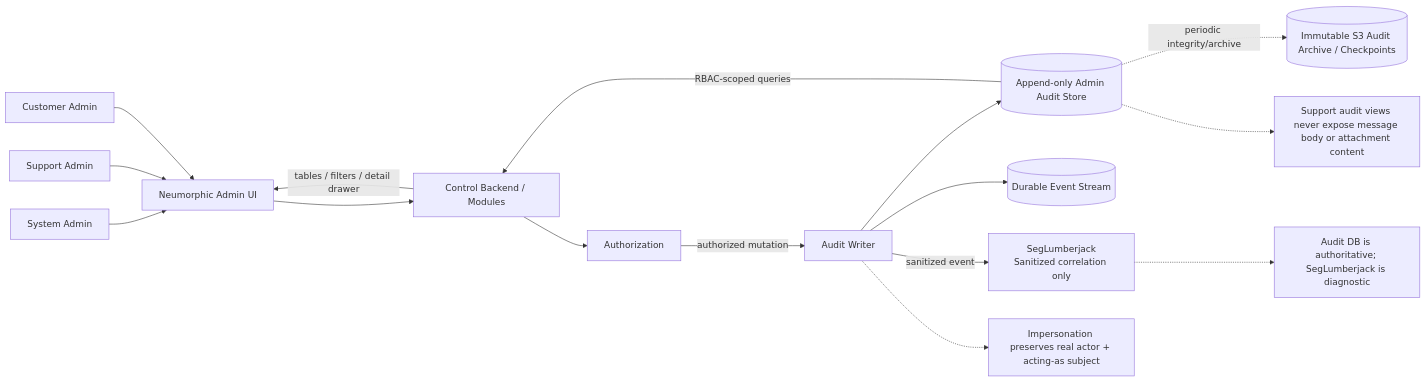
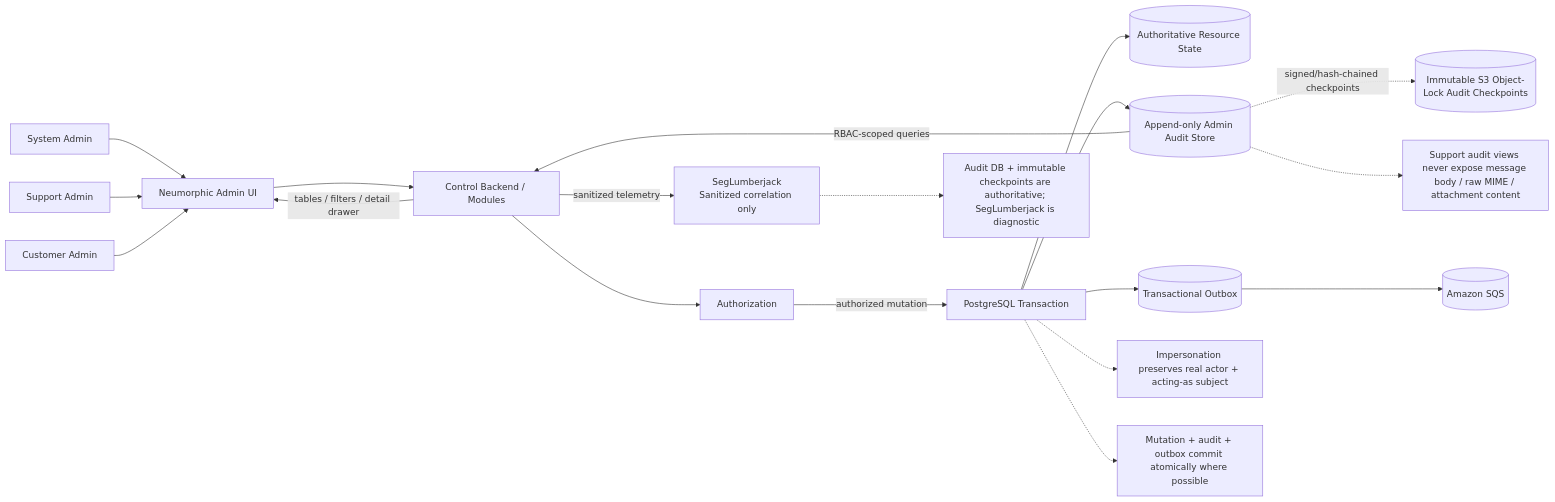
The diagram in docs/diagrams/11-admin-audit-architecture.mmd (Oba-SEG/Nullapart), drawn with Mermaid before and after one commit.

Commit message:
docs: make admin audit transaction and outbox atomic

```diff
--- a/docs/diagrams/11-admin-audit-architecture.mmd
+++ b/docs/diagrams/11-admin-audit-architecture.mmd
@@ -1,35 +1,42 @@
 flowchart LR
     System[System Admin]
     Support[Support Admin]
     Customer[Customer Admin]
     UI[Neumorphic Admin UI]
     Control[Control Backend / Modules]
     Auth[Authorization]
-    AuditWriter[Audit Writer]
+    Tx[PostgreSQL Transaction]
+    Resource[(Authoritative Resource State)]
     AuditDB[(Append-only Admin Audit Store)]
-    Streams[(Durable Event Stream)]
+    Outbox[(Transactional Outbox)]
+    SQS[(Amazon SQS)]
     Seg[SegLumberjack\nSanitized correlation only]
-    Archive[(Immutable S3 Audit Archive / Checkpoints)]
+    Archive[(Immutable S3 Object-Lock Audit Checkpoints)]
 
     System --> UI
     Support --> UI
     Customer --> UI
     UI --> Control --> Auth
 
-    Auth -->|authorized mutation| AuditWriter
-    AuditWriter --> AuditDB
-    AuditWriter --> Streams
-    AuditWriter -->|sanitized event| Seg
+    Auth -->|authorized mutation| Tx
+    Tx --> Resource
+    Tx --> AuditDB
+    Tx --> Outbox
 
-    AuditDB -. periodic integrity/archive .-> Archive
+    Outbox --> SQS
+    Control -->|sanitized telemetry| Seg
+
+    AuditDB -. signed/hash-chained checkpoints .-> Archive
 
     AuditDB -->|RBAC-scoped queries| Control
     Control -->|tables / filters / detail drawer| UI
 
-    Note1[Support audit views never expose message body or attachment content]
+    Note1[Support audit views never expose message body / raw MIME / attachment content]
     Note2[Impersonation preserves real actor + acting-as subject]
-    Note3[Audit DB is authoritative; SegLumberjack is diagnostic]
+    Note3[Mutation + audit + outbox commit atomically where possible]
+    Note4[Audit DB + immutable checkpoints are authoritative; SegLumberjack is diagnostic]
 
     AuditDB -.-> Note1
-    AuditWriter -.-> Note2
-    Seg -.-> Note3
+    Tx -.-> Note2
+    Tx -.-> Note3
+    Seg -.-> Note4
```
